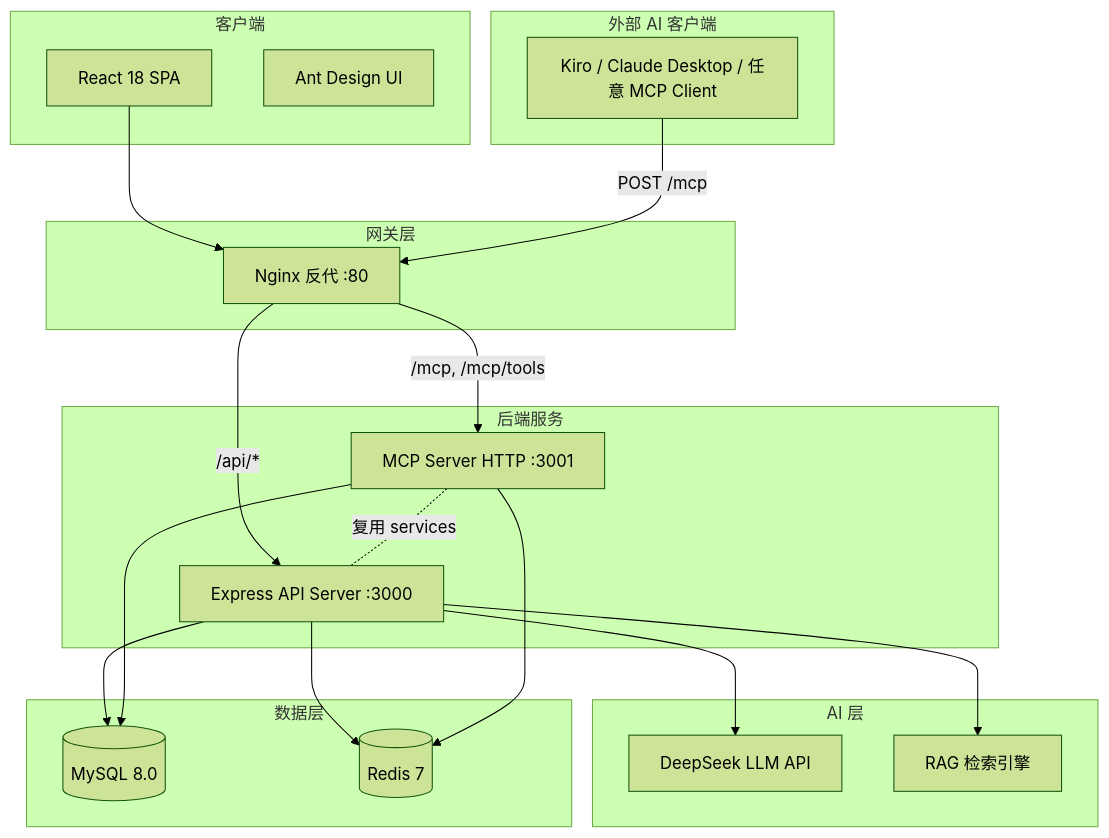
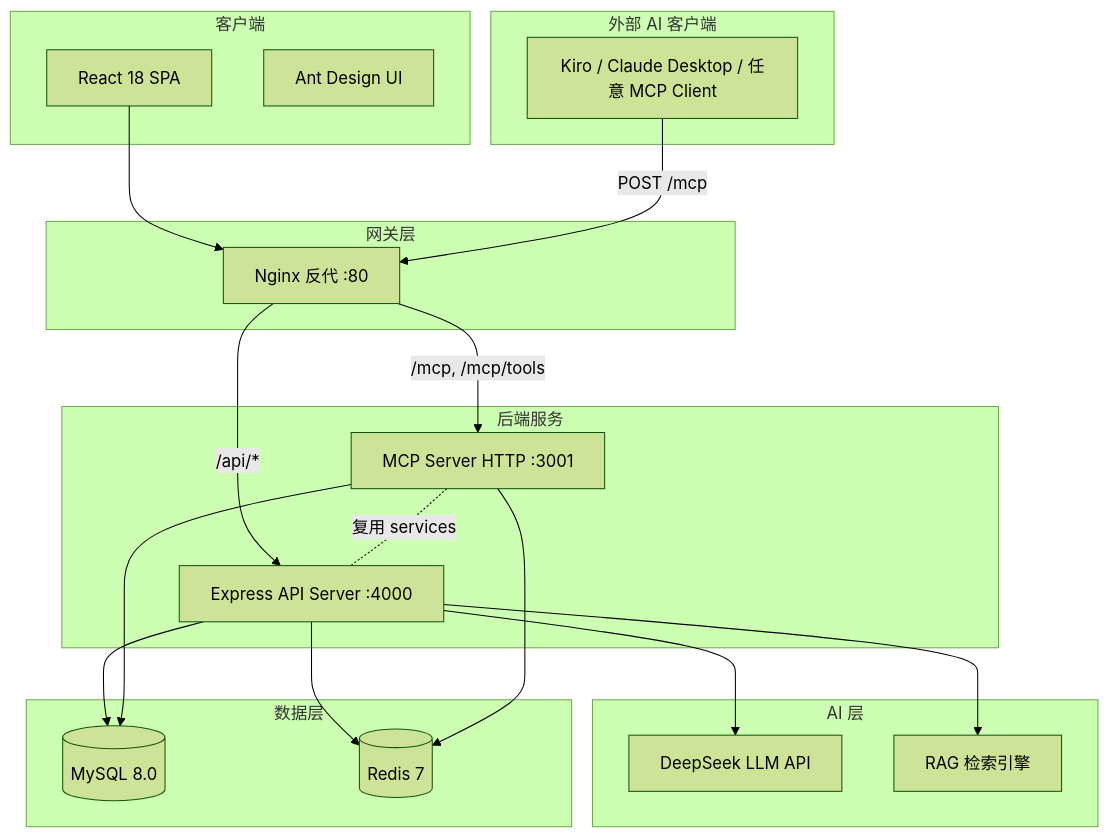
One commit to greymon226/community changed the first of 4 diagrams in submission/01-设计文档.md. Above: the diagram before and after it, drawn with Mermaid (forest theme). The commit also changed other lines of this file and 4 other files, not shown here.

````diff
--- a/submission/01-设计文档.md
+++ b/submission/01-设计文档.md
@@ -114,42 +114,42 @@
 ```mermaid
 graph TB
     subgraph 客户端
         A[React 18 SPA]
         B[Ant Design UI]
     end
 
     subgraph 外部 AI 客户端
         J[Kiro / Claude Desktop / 任意 MCP Client]
     end
 
     subgraph 网关层
         C[Nginx 反代 :80]
     end
 
     subgraph 后端服务
-        D[Express API Server :3000]
+        D[Express API Server :4000]
         E[MCP Server HTTP :3001]
     end
 
     subgraph AI 层
         F[DeepSeek LLM API]
         G[RAG 检索引擎]
     end
 
     subgraph 数据层
         H[(MySQL 8.0)]
         I[(Redis 7)]
     end
 
     A --> C
     J -- "POST /mcp" --> C
     C -- "/api/*" --> D
     C -- "/mcp, /mcp/tools" --> E
     D --> F
     D --> G
     D --> H
     D --> I
     E --> H
     E --> I
     E -. "复用 services" .- D
 ```
````
